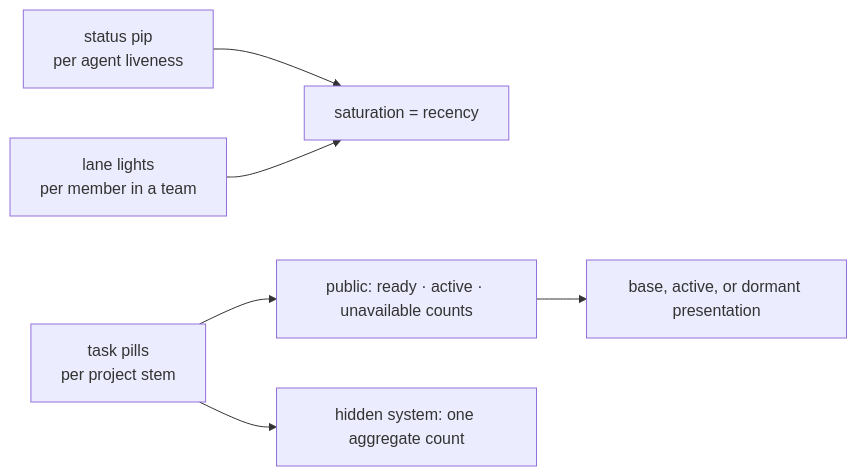
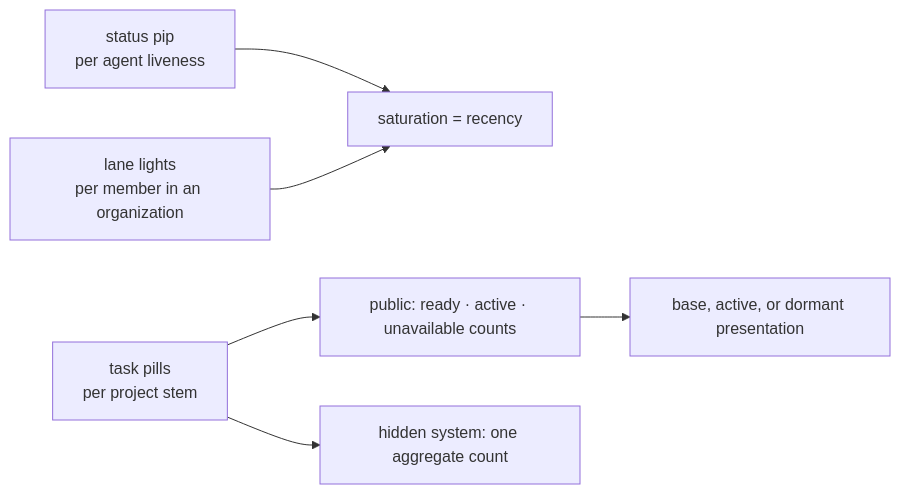
Diagram 22 of 25 in docs/product/value.md (infimalabs/spice-rust), drawn with Mermaid before and after one commit. The commit also changed other lines of this file and 99 other files, not shown here.

````diff
--- a/docs/product/value.md
+++ b/docs/product/value.md
@@ -559,8 +559,8 @@
 ```mermaid
 flowchart LR
   P["status pip<br/>per agent liveness"] --> L["saturation = recency"]
-  G["lane lights<br/>per member in a team"] --> L
+  G["lane lights<br/>per member in an organization"] --> L
   F["task pills<br/>per project stem"] --> V["public: ready · active · unavailable counts"]
   F --> H["hidden system: one aggregate count"]
   V --> T["base, active, or dormant presentation"]
 ```
````
